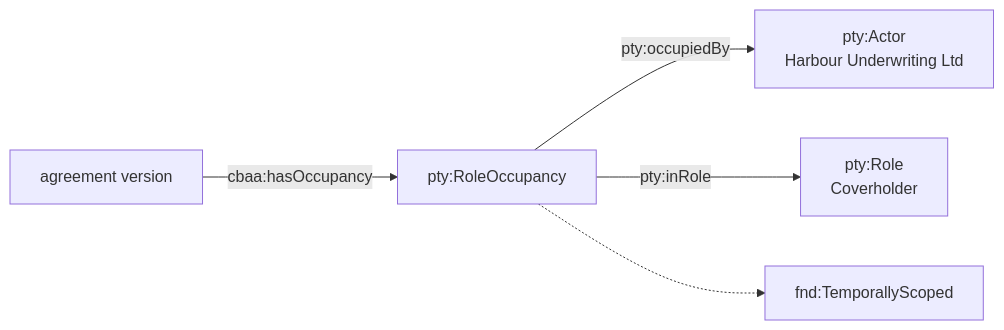
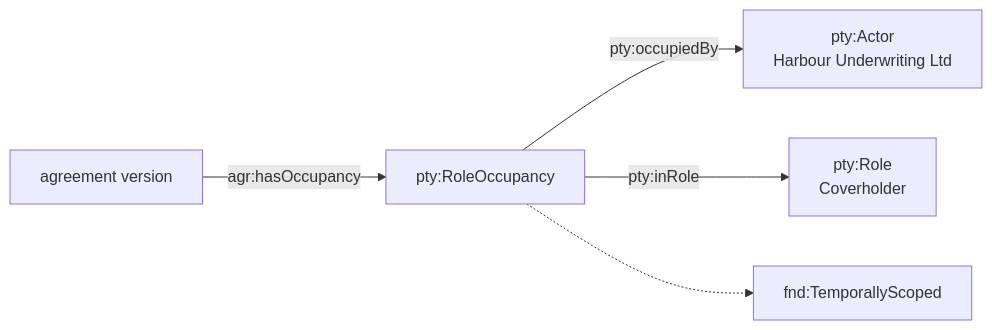
Diagram 26 of 52 in docs/architecture.md (nebularis/open-cbaa), drawn with Mermaid before and after one commit. The commit also changed other lines of this file and 44 other files, not shown here.

````diff
--- a/docs/architecture.md
+++ b/docs/architecture.md
@@ -541,7 +552,7 @@
 ```mermaid
 flowchart LR
     RO["pty:RoleOccupancy"] -->|"pty:occupiedBy"| A["pty:Actor<br/>Harbour Underwriting Ltd"]
     RO -->|"pty:inRole"| R["pty:Role<br/>Coverholder"]
-    AV["agreement version"] -->|"cbaa:hasOccupancy"| RO
+    AV["agreement version"] -->|"agr:hasOccupancy"| RO
     RO -.-> T["fnd:TemporallyScoped"]
 ```
````
